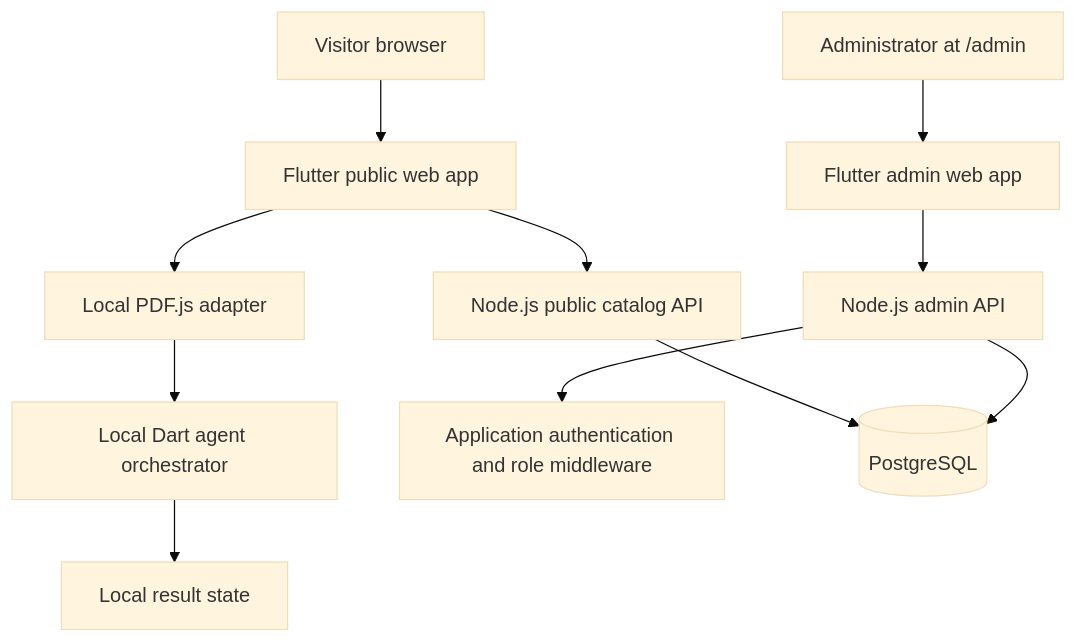
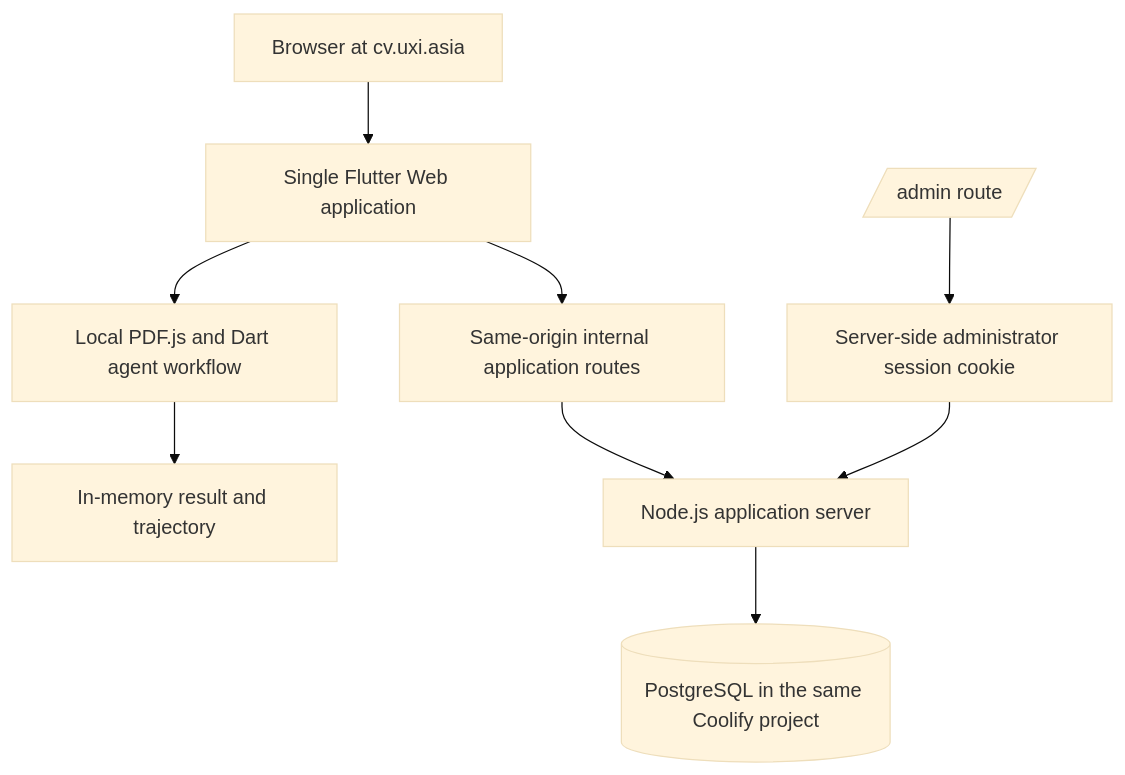
The diagram in docs/CV_Role_Readiness_Platform_Complete_Codex_Implementation_Prompt.md (rameshwx/ready-my-cv), drawn with Mermaid (base theme) before and after one commit. The commit also changed other lines of this file, not shown here.

```diff
--- a/docs/CV_Role_Readiness_Platform_Complete_Codex_Implementation_Prompt.md
+++ b/docs/CV_Role_Readiness_Platform_Complete_Codex_Implementation_Prompt.md
@@ -107,13 +124,11 @@
 ~~~mermaid
 flowchart TD
-    Visitor[Visitor browser] --> Public[Flutter public web app]
-    Admin[Administrator at /admin] --> AdminApp[Flutter admin web app]
-    Public --> Pdf[Local PDF.js adapter]
-    Pdf --> Agents[Local Dart agent orchestrator]
-    Agents --> Result[Local result state]
-    Public --> Catalog[Node.js public catalog API]
-    AdminApp --> AdminApi[Node.js admin API]
-    AdminApi --> Auth[Application authentication and role middleware]
-    Catalog --> Database[(PostgreSQL)]
-    AdminApi --> Database
+    Browser[Browser at cv.uxi.asia] --> Flutter[Single Flutter Web application]
+    Flutter --> Local[Local PDF.js and Dart agent workflow]
+    Local --> Memory[In-memory result and trajectory]
+    Flutter --> Internal[Same-origin internal application routes]
+    Internal --> Node[Node.js application server]
+    Node --> PostgreSQL[(PostgreSQL in the same Coolify project)]
+    Admin[/admin route/] --> Session[Server-side administrator session cookie]
+    Session --> Node
 ~~~
```
